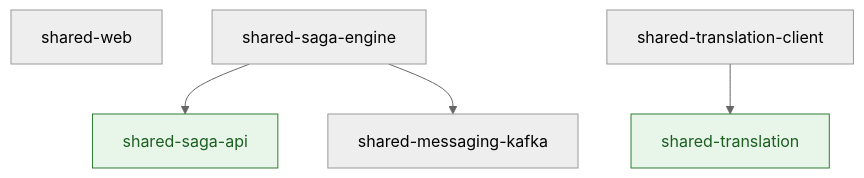
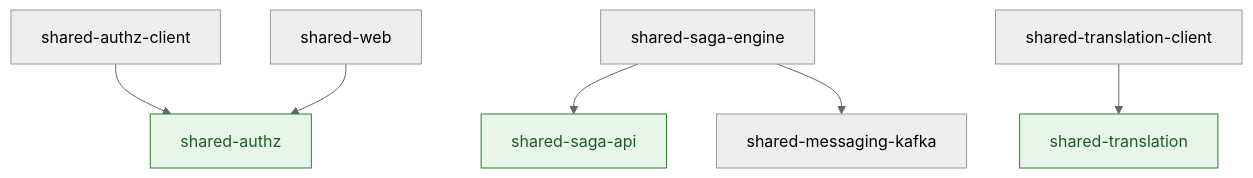
One commit to vertyll/project-a-microservices changed the diagram in docs/shared-modules.md. Above: the diagram before and after it, drawn with Mermaid (neutral theme). The commit also changed other lines of this file and 213 other files, not shown here.

````diff
--- a/docs/shared-modules.md
+++ b/docs/shared-modules.md
@@ -52,15 +54,19 @@
 ```mermaid
 graph TD
     api[shared-saga-api]:::pure
     tr[shared-translation]:::pure
     web[shared-web]
     msg[shared-messaging-kafka]
     eng[shared-saga-engine]
     trc[shared-translation-client]
+    az[shared-authz]:::pure
+    azc[shared-authz-client]
 
     eng --> api
     eng --> msg
     trc --> tr
+    azc --> az
+    web --> az
 
     classDef pure fill:#e8f5e9,stroke:#2e7d32,color:#1b5e20;
 ```
````
